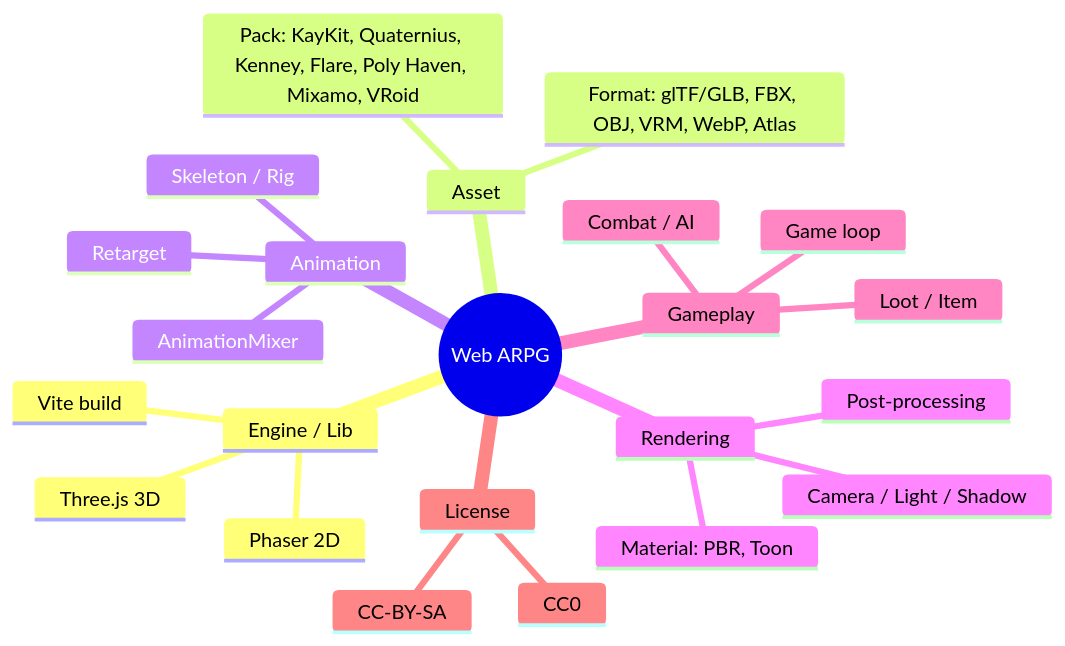
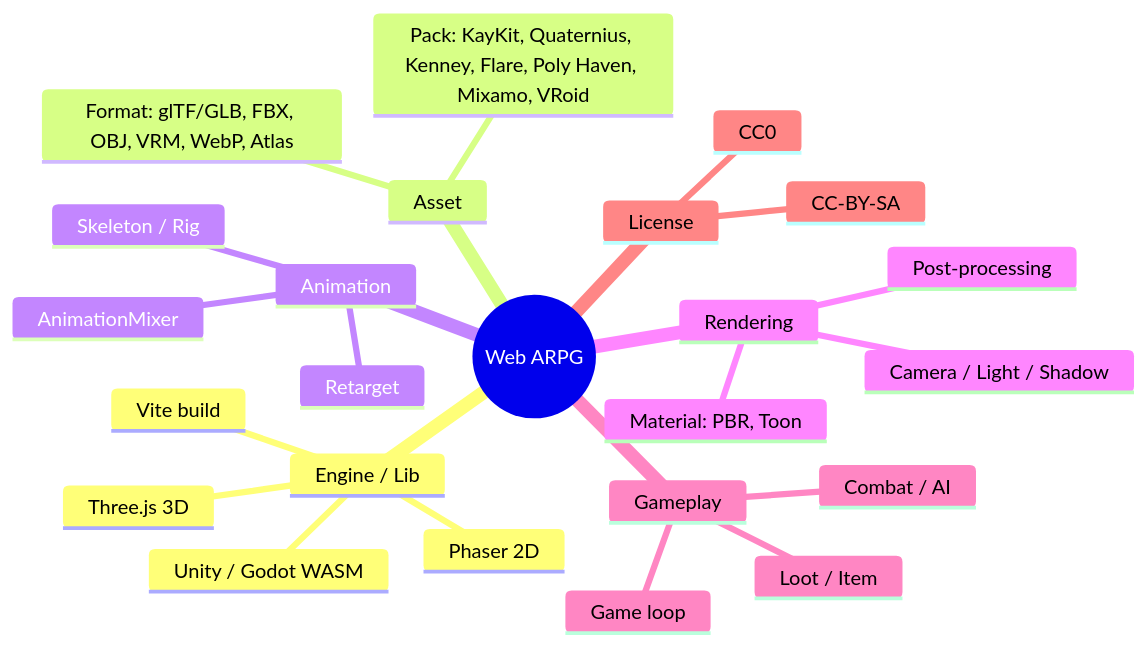
Before and after one commit to Hieu-Le-Hoang/game-r: the diagram in glossary.md, drawn with Mermaid. The commit also changed other lines of this file and 194 other files, not shown here.

````diff
--- a/glossary.md
+++ b/glossary.md
@@ -8,26 +9,27 @@
 ```mermaid
 mindmap
   root((Web ARPG))
     Engine / Lib
       Phaser 2D
       Three.js 3D
+      Unity / Godot WASM
       Vite build
     Asset
       Pack: KayKit, Quaternius, Kenney, Flare, Poly Haven, Mixamo, VRoid
       Format: glTF/GLB, FBX, OBJ, VRM, WebP, Atlas
     Animation
       Skeleton / Rig
       AnimationMixer
       Retarget
     Rendering
       Camera / Light / Shadow
       Material: PBR, Toon
       Post-processing
     Gameplay
       Game loop
       Combat / AI
       Loot / Item
     License
       CC0
       CC-BY-SA
 ```
````
